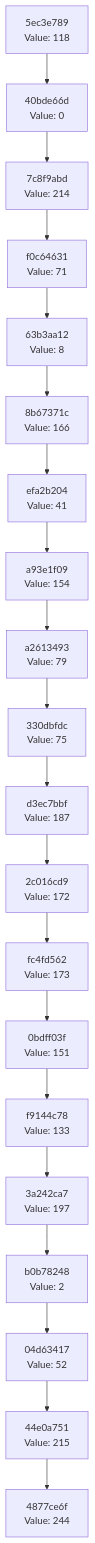
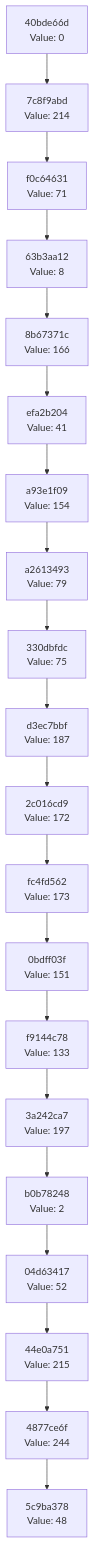
One commit to Abhisheksinha1506/hash-chain-evolver changed the diagram in docs/CHAIN_VISUALIZATION.md. Above: the diagram before and after it, drawn with Mermaid. The commit also changed 2 other files, not shown here.

Commit message:
Evolution Step

````diff
--- a/docs/CHAIN_VISUALIZATION.md
+++ b/docs/CHAIN_VISUALIZATION.md
@@ -3,42 +3,42 @@
 ```mermaid
 graph TD
-    C0["4877ce6f<br/>Value: 244"]
-    C1["44e0a751<br/>Value: 215"]
+    C0["5c9ba378<br/>Value: 48"]
+    C1["4877ce6f<br/>Value: 244"]
     C1 --> C0
-    C2["04d63417<br/>Value: 52"]
+    C2["44e0a751<br/>Value: 215"]
     C2 --> C1
-    C3["b0b78248<br/>Value: 2"]
+    C3["04d63417<br/>Value: 52"]
     C3 --> C2
-    C4["3a242ca7<br/>Value: 197"]
+    C4["b0b78248<br/>Value: 2"]
     C4 --> C3
-    C5["f9144c78<br/>Value: 133"]
+    C5["3a242ca7<br/>Value: 197"]
     C5 --> C4
-    C6["0bdff03f<br/>Value: 151"]
+    C6["f9144c78<br/>Value: 133"]
     C6 --> C5
-    C7["fc4fd562<br/>Value: 173"]
+    C7["0bdff03f<br/>Value: 151"]
     C7 --> C6
-    C8["2c016cd9<br/>Value: 172"]
+    C8["fc4fd562<br/>Value: 173"]
     C8 --> C7
-    C9["d3ec7bbf<br/>Value: 187"]
+    C9["2c016cd9<br/>Value: 172"]
     C9 --> C8
-    C10["330dbfdc<br/>Value: 75"]
+    C10["d3ec7bbf<br/>Value: 187"]
     C10 --> C9
-    C11["a2613493<br/>Value: 79"]
+    C11["330dbfdc<br/>Value: 75"]
     C11 --> C10
-    C12["a93e1f09<br/>Value: 154"]
+    C12["a2613493<br/>Value: 79"]
     C12 --> C11
-    C13["efa2b204<br/>Value: 41"]
+    C13["a93e1f09<br/>Value: 154"]
     C13 --> C12
-    C14["8b67371c<br/>Value: 166"]
+    C14["efa2b204<br/>Value: 41"]
     C14 --> C13
-    C15["63b3aa12<br/>Value: 8"]
+    C15["8b67371c<br/>Value: 166"]
     C15 --> C14
-    C16["f0c64631<br/>Value: 71"]
+    C16["63b3aa12<br/>Value: 8"]
     C16 --> C15
-    C17["7c8f9abd<br/>Value: 214"]
+    C17["f0c64631<br/>Value: 71"]
     C17 --> C16
-    C18["40bde66d<br/>Value: 0"]
+    C18["7c8f9abd<br/>Value: 214"]
     C18 --> C17
-    C19["5ec3e789<br/>Value: 118"]
+    C19["40bde66d<br/>Value: 0"]
     C19 --> C18
 ```
````
